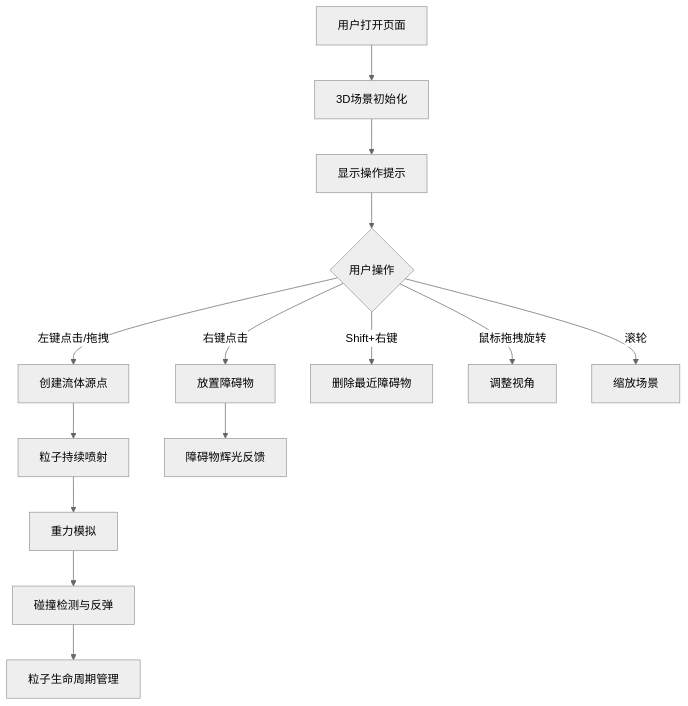
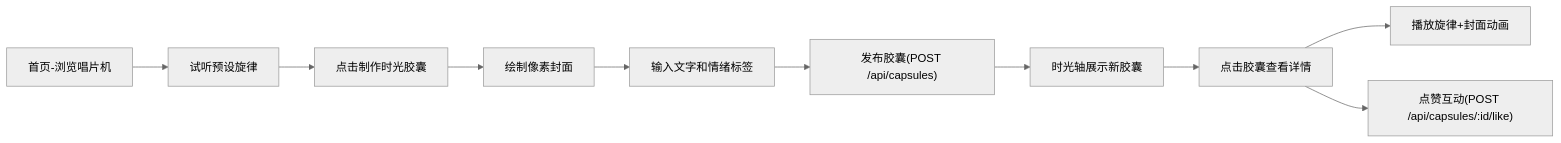
The diagram in cp1_6.9_auto66/.trae/documents/PRD.md (SChen0447/solo), drawn with Mermaid (neutral theme) before and after one commit. The commit also changed other lines of this file and 19 other files, not shown here.

````diff
--- a/cp1_6.9_auto66/.trae/documents/PRD.md
+++ b/cp1_6.9_auto66/.trae/documents/PRD.md
@@ -34,16 +34,12 @@
 ```mermaid
-flowchart TD
-    A["用户打开页面"] --> B["3D场景初始化"]
-    B --> C["显示操作提示"]
-    C --> D{"用户操作"}
-    D -->|"左键点击/拖拽"| E["创建流体源点"]
-    D -->|"右键点击"| F["放置障碍物"]
-    D -->|"Shift+右键"| G["删除最近障碍物"]
-    D -->|"鼠标拖拽旋转"| H["调整视角"]
-    D -->|"滚轮"| I["缩放场景"]
-    E --> J["粒子持续喷射"]
-    J --> K["重力模拟"]
-    K --> L["碰撞检测与反弹"]
-    F --> M["障碍物辉光反馈"]
-    L --> N["粒子生命周期管理"]
+flowchart LR
+    A["首页-浏览唱片机"] --> B["试听预设旋律"]
+    B --> C["点击制作时光胶囊"]
+    C --> D["绘制像素封面"]
+    D --> E["输入文字和情绪标签"]
+    E --> F["发布胶囊(POST /api/capsules)"]
+    F --> G["时光轴展示新胶囊"]
+    G --> H["点击胶囊查看详情"]
+    H --> I["播放旋律+封面动画"]
+    H --> J["点赞互动(POST /api/capsules/:id/like)"]
 ```
````
